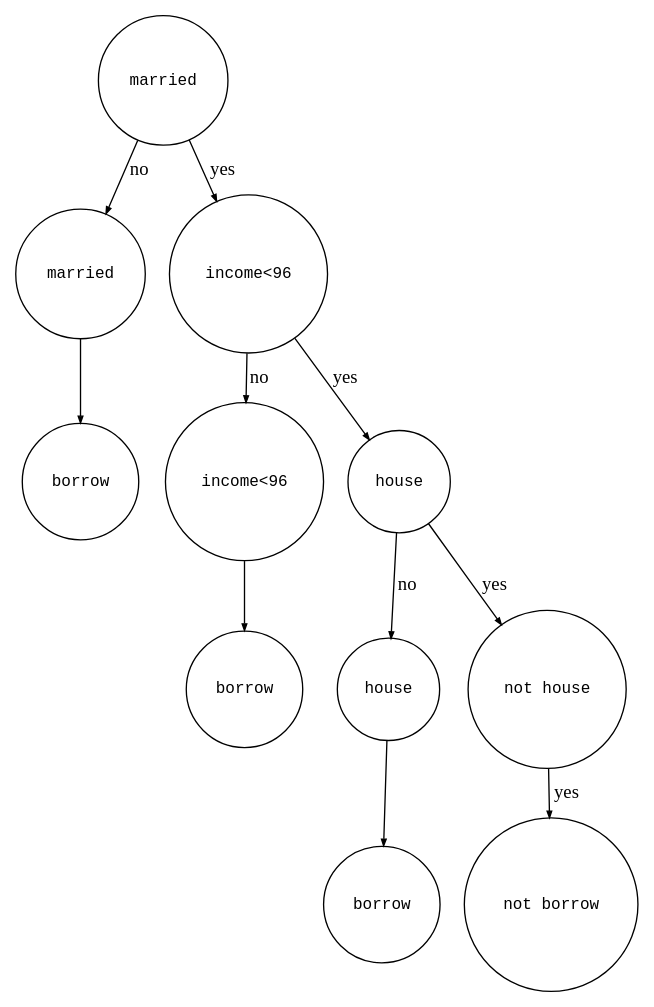
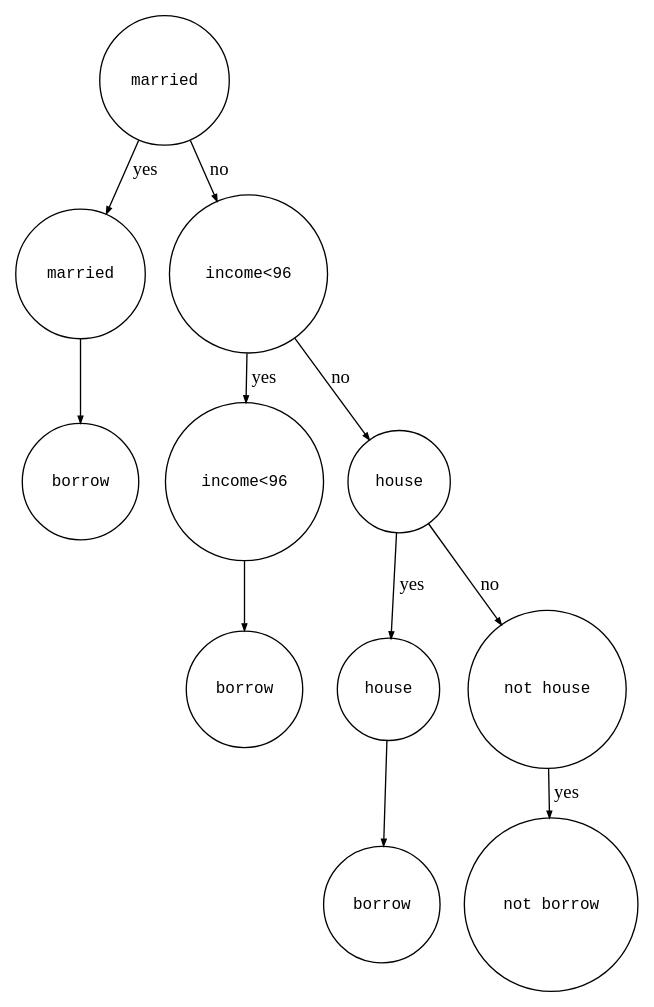
Before and after one commit to luzhixing12345/WHU-data-science-introduction: the diagram in homework-1/gini.dot, drawn with Graphviz. The commit also changed 14 other files, not shown here.

```diff
--- a/homework-1/gini.dot
+++ b/homework-1/gini.dot
@@ -1,28 +1,28 @@
 digraph astgraph {
   node [shape=circle, fontsize=12, fontname="Courier", height=.1];
   ranksep=.3;
   edge [arrowsize=.5]
   node1 [label="married"]
   node2 [label="married"]
   node4 [label="not married"]
-  node1 -> node2 [label= "no"]
-  node1 -> node4 [label= "yes"]
+  node1 -> node4 [label= "no"]
+  node1 -> node2 [label= "yes"]
   node3 [label="borrow"]
   node2 -> node3 
   node4 [label="income<96"]
   node5 [label="income<96"]
   node7 [label="not income<96"]
-  node4 -> node5 [label= "no"]
-  node4 -> node7 [label= "yes"]
+  node4 -> node7 [label= "no"]
+  node4 -> node5 [label= "yes"]
   node6 [label="borrow"]
   node5 -> node6 
   node7 [label="house"]
   node8 [label="house"]
   node10 [label="not house"]
-  node7 -> node8 [label= "no"]
-  node7 -> node10 [label= "yes"]
+  node7 -> node10 [label= "no"]
+  node7 -> node8 [label= "yes"]
   node9 [label="borrow"]
   node8 -> node9 
  node11 [label="not borrow"]
  node10 -> node11 [label= "yes"]
 }
```
